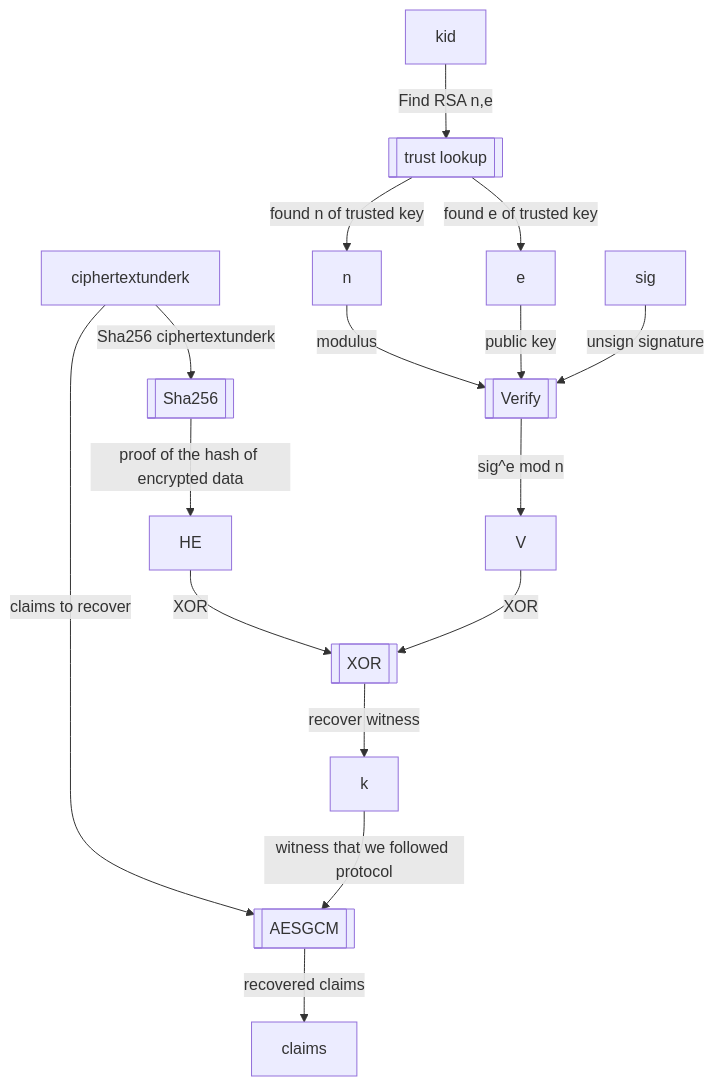
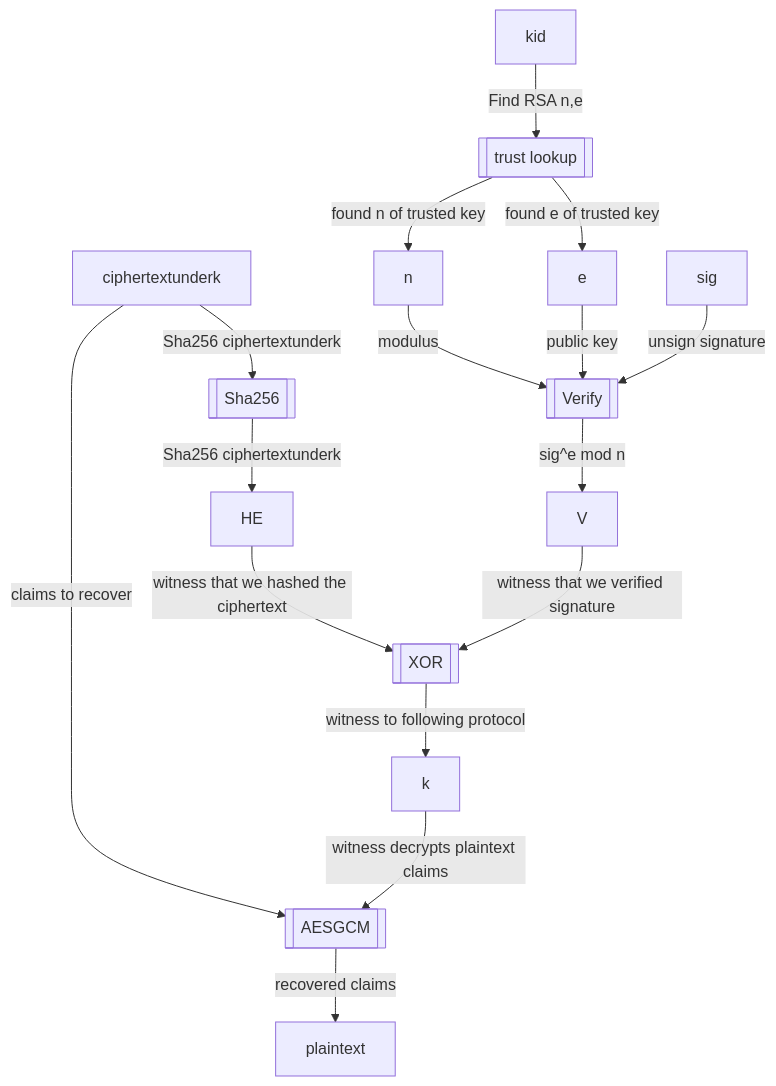
One commit to rfielding/whiskeyTango changed the fourth of 4 diagrams in README.md. Above: the diagram before and after it, drawn with Mermaid.

Commit message:
more doc updates

````diff
--- a/README.md
+++ b/README.md
@@ -216,23 +216,23 @@
 ```mermaid
 flowchart TB
   Sha256[[Sha256]]
   ciphertextunderk-- Sha256 ciphertextunderk -->Sha256
-  Sha256-- proof of the hash of encrypted data -->HE
+  Sha256-- Sha256 ciphertextunderk -->HE
   Verify[[Verify]]
   n-- modulus -->Verify
   e-- public key -->Verify
   sig-- unsign signature -->Verify
   trustlookup[[trust lookup]]
   kid-- Find RSA n,e -->trustlookup
   trustlookup-- found e of trusted key -->e
   trustlookup-- found n of trusted key -->n
   Verify-- sig^e mod n -->V
   XOR[[XOR]]
-  V-- XOR -->XOR
-  HE-- XOR -->XOR
-  XOR-- recover witness -->k
+  V-- witness that we verified signature -->XOR
+  HE-- witness that we hashed the ciphertext -->XOR
+  XOR-- witness to following protocol -->k
   AESGCM[[AESGCM]]
   ciphertextunderk-- claims to recover -->AESGCM  
-  k-- witness that we followed protocol -->AESGCM  
-  AESGCM-- recovered claims -->claims 
+  k-- witness decrypts plaintext claims -->AESGCM  
+  AESGCM-- recovered claims -->plaintext
 ```
````
